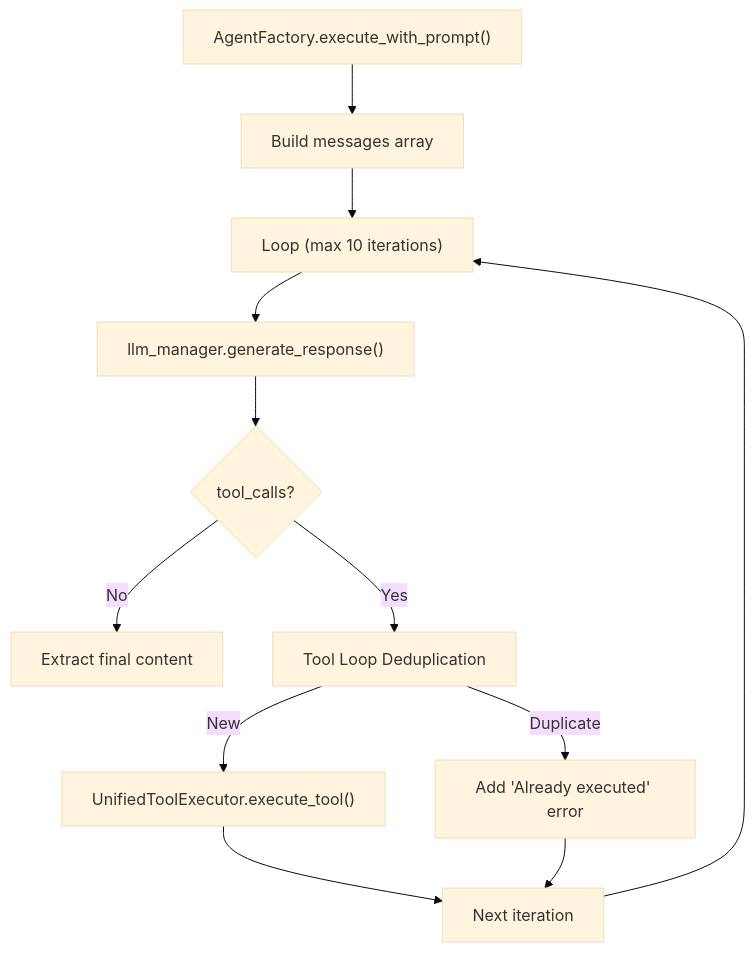
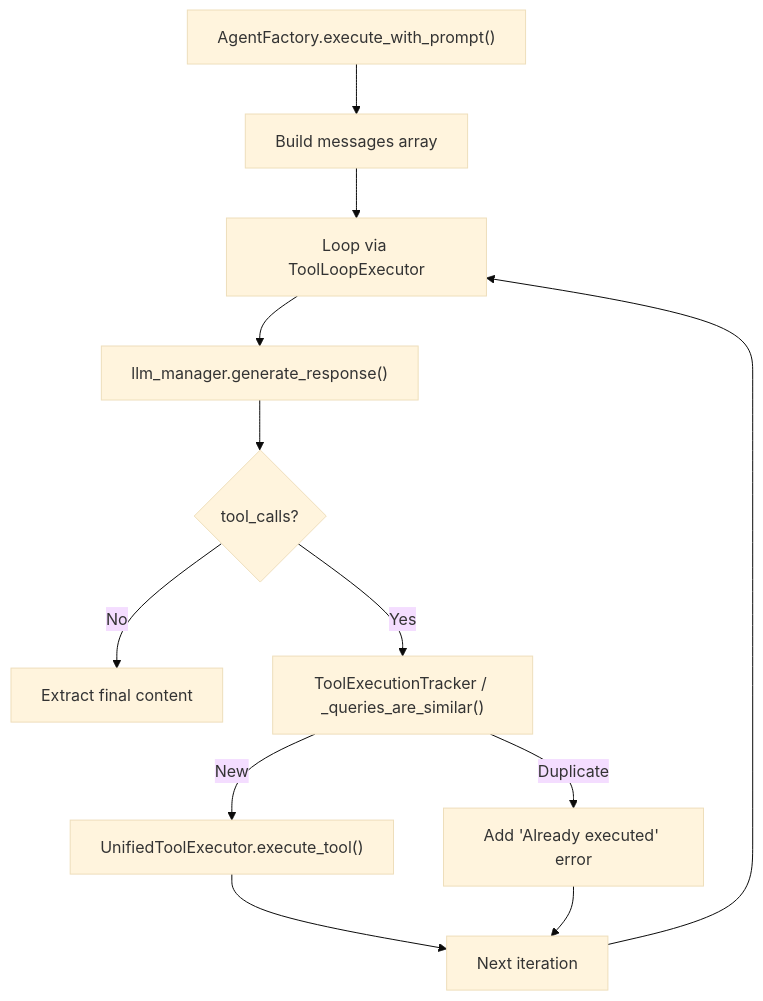
One commit to AutomatosAI/automatos-ai changed the fourth of 4 diagrams in docs/agents/agent-factory-runtime.md. Above: the diagram before and after it, drawn with Mermaid (base theme). The commit also changed other lines of this file and 191 other files, not shown here.

````diff
--- a/docs/agents/agent-factory-runtime.md
+++ b/docs/agents/agent-factory-runtime.md
@@ -205,17 +220,17 @@
 ```mermaid
 flowchart TD
     Start["AgentFactory.execute_with_prompt()"] --> BuildMsgs["Build messages array"]
-    BuildMsgs --> LoopStart["Loop (max 10 iterations)"]
+    BuildMsgs --> LoopStart["Loop via ToolLoopExecutor"]
     LoopStart --> LLMCall["llm_manager.generate_response()"]
     LLMCall --> CheckTools{"tool_calls?"}
     
     CheckTools -->|No| Final["Extract final content"]
-    CheckTools -->|Yes| Dedupe["Tool Loop Deduplication"]
+    CheckTools -->|Yes| Dedupe["ToolExecutionTracker / _queries_are_similar()"]
     
     Dedupe -->|Duplicate| SkipMsg["Add 'Already executed' error"]
     Dedupe -->|New| ExecTool["UnifiedToolExecutor.execute_tool()"]
     
     ExecTool --> NextIter["Next iteration"]
     SkipMsg --> NextIter
     NextIter --> LoopStart
 ```
````
